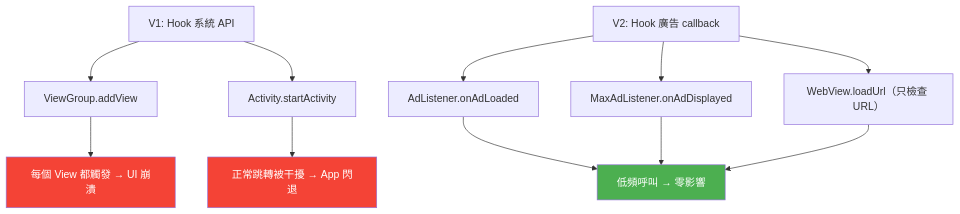
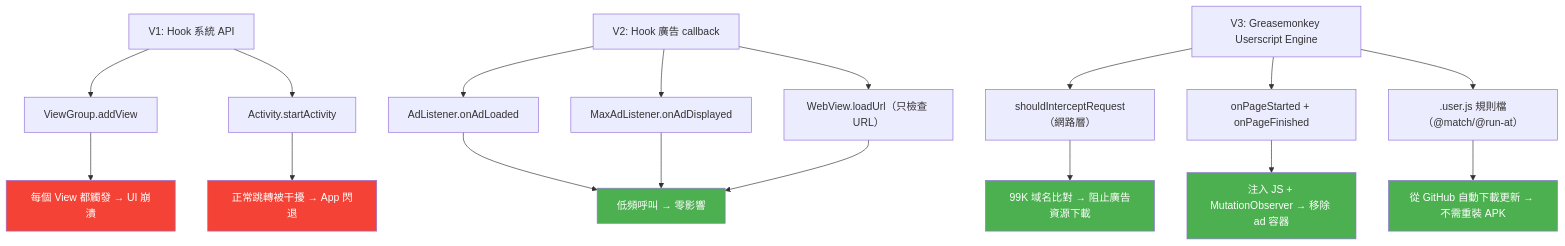
One commit to tzyyung/AdSweep changed the fourth of 15 diagrams in doc/DESIGN.md. Above: the diagram before and after it, drawn with Mermaid. The commit also changed other lines of this file and 3 other files, not shown here.

First line of the commit message:
Update docs: Greasemonkey engine, auto-update, AccuWeather debugging

````diff
--- a/doc/DESIGN.md
+++ b/doc/DESIGN.md
@@ -73,18 +73,29 @@
 ```mermaid
 graph TD
     A["V1: Hook 系統 API"] --> B["ViewGroup.addView"]
     A --> C["Activity.startActivity"]
     B --> D["每個 View 都觸發 → UI 崩潰"]
     C --> E["正常跳轉被干擾 → App 閃退"]
 
     F["V2: Hook 廣告 callback"] --> G["AdListener.onAdLoaded"]
     F --> H["MaxAdListener.onAdDisplayed"]
     F --> I["WebView.loadUrl（只檢查 URL）"]
     G --> J["低頻呼叫 → 零影響"]
     H --> J
     I --> J
 
     style D fill:#f44336,color:#fff
     style E fill:#f44336,color:#fff
     style J fill:#4CAF50,color:#fff
+
+    K["V3: Greasemonkey Userscript Engine"] --> L["shouldInterceptRequest（網路層）"]
+    K --> M["onPageStarted + onPageFinished"]
+    K --> N[".user.js 規則檔（@match/@run-at）"]
+    L --> O["99K 域名比對 → 阻止廣告資源下載"]
+    M --> P["注入 JS + MutationObserver → 移除 ad 容器"]
+    N --> Q["從 GitHub 自動下載更新 → 不需重裝 APK"]
+
+    style O fill:#4CAF50,color:#fff
+    style P fill:#4CAF50,color:#fff
+    style Q fill:#4CAF50,color:#fff
 ```
````
